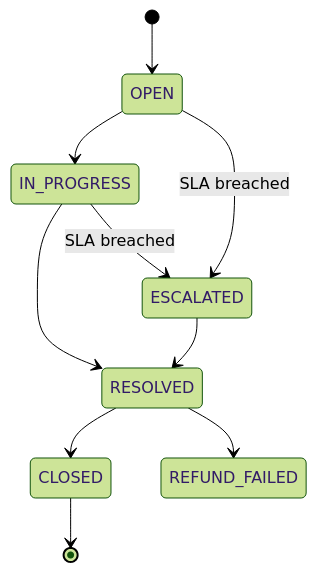
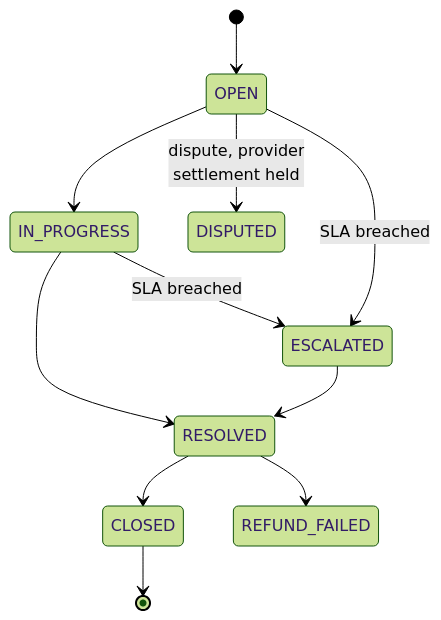
One commit to KripaGIT009/home-fix changed diagram 23 of 28 in docs/ARCHITECTURE.md. Above: the diagram before and after it, drawn with Mermaid (forest theme). The commit also changed other lines of this file and 7 other files, not shown here.

````diff
--- a/docs/ARCHITECTURE.md
+++ b/docs/ARCHITECTURE.md
@@ -1145,12 +1343,13 @@
 ```mermaid
 stateDiagram-v2
     [*] --> OPEN
     OPEN --> IN_PROGRESS
     IN_PROGRESS --> RESOLVED
     IN_PROGRESS --> ESCALATED: SLA breached
     OPEN --> ESCALATED: SLA breached
     ESCALATED --> RESOLVED
     RESOLVED --> CLOSED
     RESOLVED --> REFUND_FAILED
+    OPEN --> DISPUTED: dispute, provider<br/>settlement held
     CLOSED --> [*]
 ```
````
